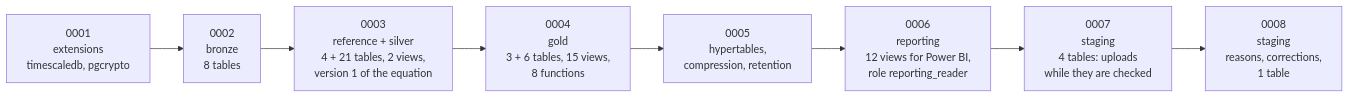
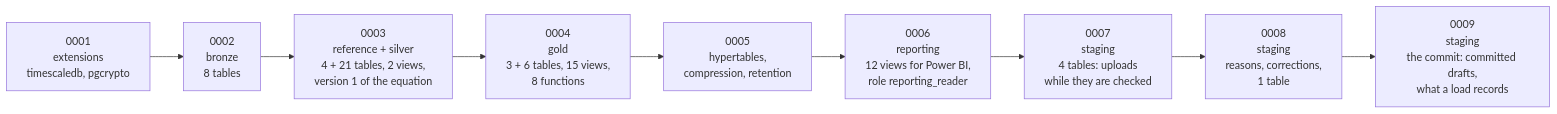
Before and after one commit to juanpablocarrillohortua/clarios_app: diagram 12 of 13 in docs/database_overview.md, drawn with Mermaid. The commit also changed other lines of this file and 88 other files, not shown here.

````diff
--- a/docs/database_overview.md
+++ b/docs/database_overview.md
@@ -847,12 +888,13 @@
 ```mermaid
 flowchart LR
     m1["0001<br/>extensions<br/>timescaledb, pgcrypto"]
     m2["0002<br/>bronze<br/>8 tables"]
     m3["0003<br/>reference + silver<br/>4 + 21 tables, 2 views,<br/>version 1 of the equation"]
     m4["0004<br/>gold<br/>3 + 6 tables, 15 views,<br/>8 functions"]
     m5["0005<br/>hypertables,<br/>compression, retention"]
     m6["0006<br/>reporting<br/>12 views for Power BI,<br/>role reporting_reader"]
     m7["0007<br/>staging<br/>4 tables: uploads<br/>while they are checked"]
     m8["0008<br/>staging<br/>reasons, corrections,<br/>1 table"]
-    m1 --> m2 --> m3 --> m4 --> m5 --> m6 --> m7 --> m8
+    m9["0009<br/>staging<br/>the commit: committed drafts,<br/>what a load records"]
+    m1 --> m2 --> m3 --> m4 --> m5 --> m6 --> m7 --> m8 --> m9
 ```
````
